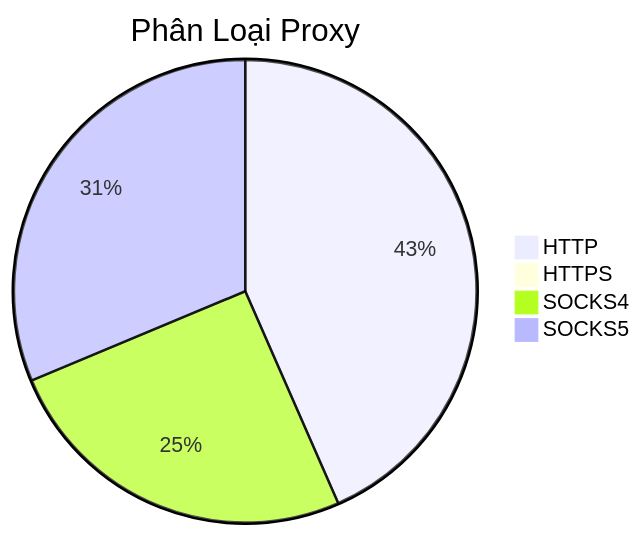
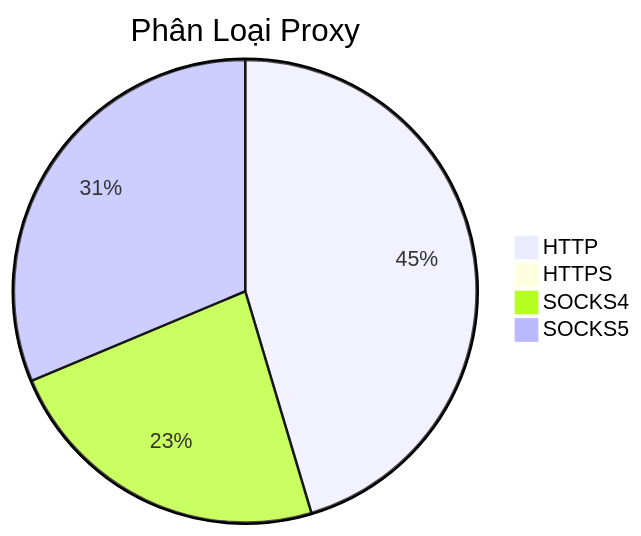
Before and after one commit to Ciara-12/PROXY-free: the diagram in README.md, drawn with Mermaid. The commit also changed other lines of this file and 4 other files, not shown here.

````diff
--- a/README.md
+++ b/README.md
@@ -26,7 +26,7 @@
 ```mermaid
 pie title Phân Loại Proxy
-    "HTTP" : 505
-    "HTTPS" : 2
-    "SOCKS4" : 294
-    "SOCKS5" : 364
+    "HTTP" : 526
+    "HTTPS" : 1
+    "SOCKS4" : 270
+    "SOCKS5" : 363
 ```
````
